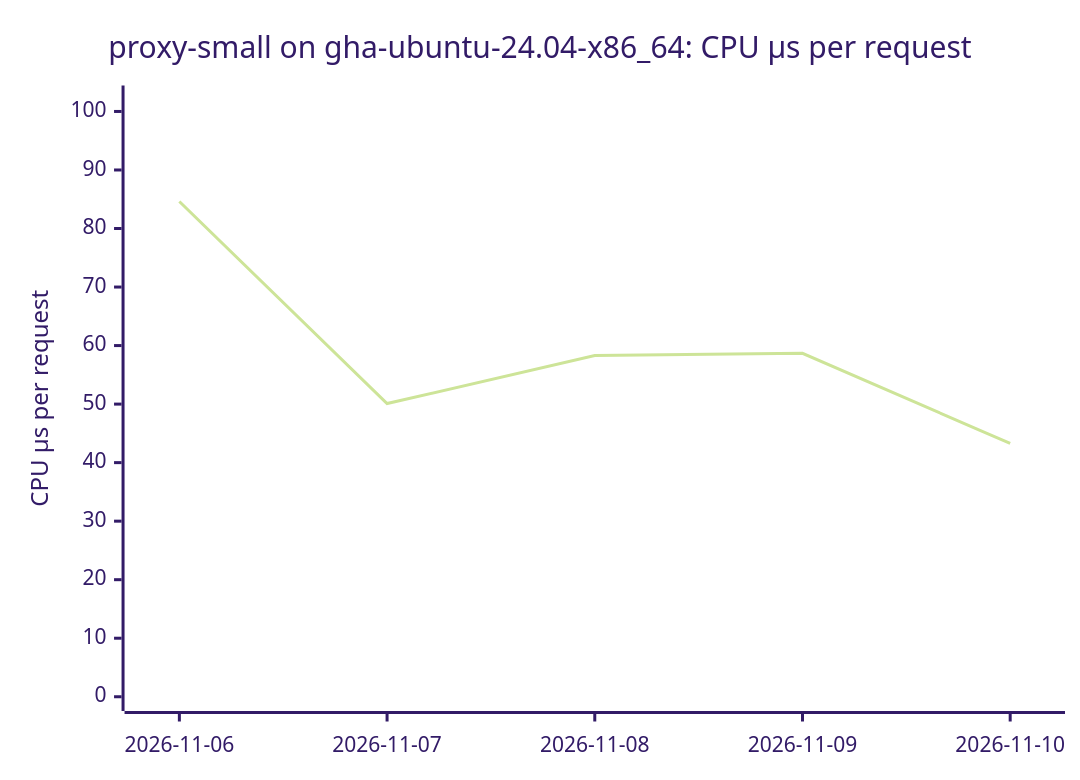
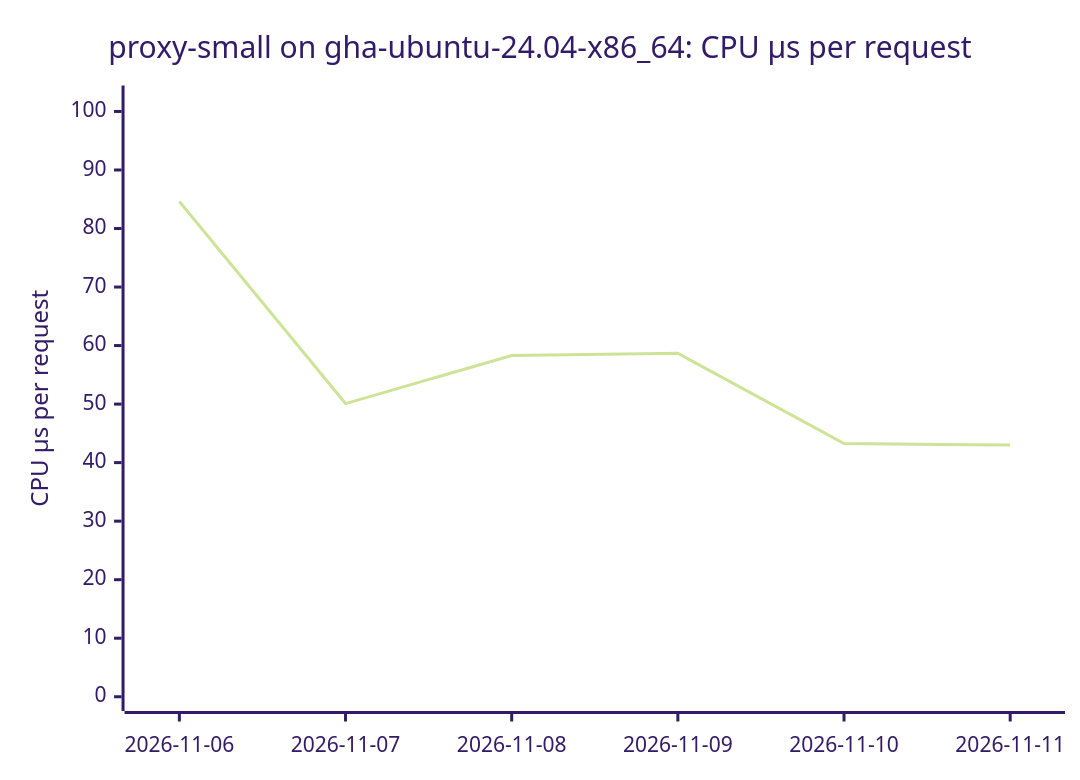
One commit to ThePixelPilgrim/durchlauferhitzer changed the fourth of 18 diagrams in BENCHMARKS.md. Above: the diagram before and after it, drawn with Mermaid (forest theme). The commit also changed other lines of this file and 1 other file, not shown here.

````diff
--- a/BENCHMARKS.md
+++ b/BENCHMARKS.md
@@ -56,7 +56,7 @@
 ```mermaid
 xychart-beta
   title "proxy-small on gha-ubuntu-24.04-x86_64: CPU µs per request"
-  x-axis ["2026-11-06", "2026-11-07", "2026-11-08", "2026-11-09", "2026-11-10"]
+  x-axis ["2026-11-06", "2026-11-07", "2026-11-08", "2026-11-09", "2026-11-10", "2026-11-11"]
   y-axis "CPU µs per request" 0 --> 102
-  line [84.61, 50.09, 58.29, 58.68, 43.27]
+  line [84.61, 50.09, 58.29, 58.68, 43.27, 43.00]
 ```
````
